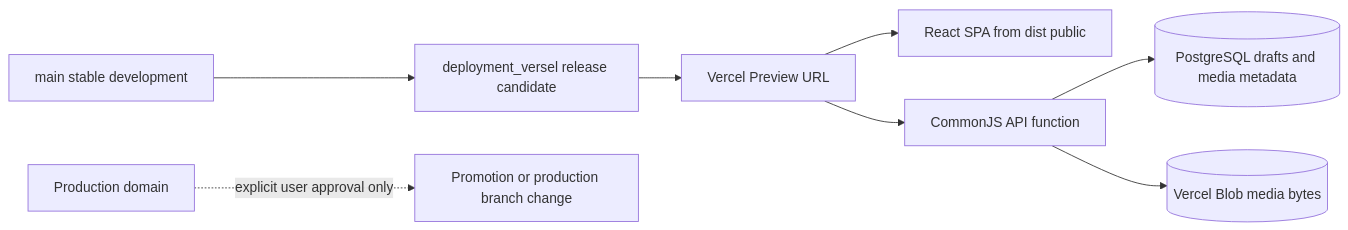
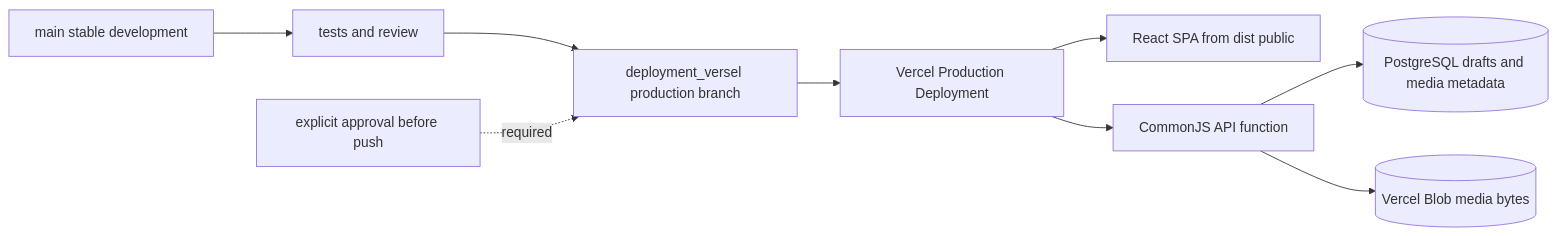
Before and after one commit to Fedi-Nasri/Portfolio: the diagram in docs/vercel-deployment/README.md, drawn with Mermaid. The commit also changed other lines of this file and 9 other files, not shown here.

````diff
--- a/docs/vercel-deployment/README.md
+++ b/docs/vercel-deployment/README.md
@@ -33,10 +34,11 @@
 ```mermaid
 flowchart LR
-  Main[main stable development] --> Candidate[deployment_versel release candidate]
-  Candidate --> Preview[Vercel Preview URL]
-  Preview --> SPA[React SPA from dist public]
-  Preview --> API[CommonJS API function]
+  Main[main stable development] --> Review[tests and review]
+  Review --> Candidate[deployment_versel production branch]
+  Candidate --> Production[Vercel Production Deployment]
+  Production --> SPA[React SPA from dist public]
+  Production --> API[CommonJS API function]
   API --> DB[(PostgreSQL drafts and media metadata)]
   API --> Blob[(Vercel Blob media bytes)]
-  Production[Production domain] -. explicit user approval only .-> Promote[Promotion or production branch change]
+  Approval[explicit approval before push] -. required .-> Candidate
 ```
````
